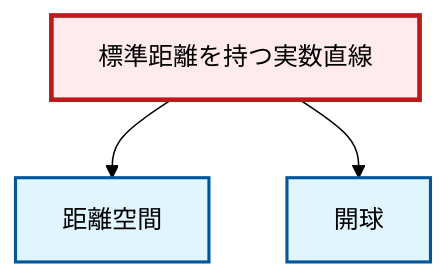
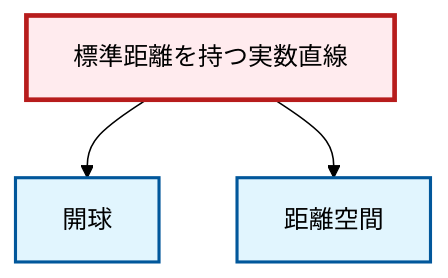
Before and after one commit to RK0429/ModernMath: the diagram in output/mermaid/ja/ex-real-line-metric.mermaid, drawn with Mermaid (forest theme). The commit also changed other lines of this file and 3161 other files, not shown here.

```diff
--- a/output/mermaid/ja/ex-real-line-metric.mermaid
+++ b/output/mermaid/ja/ex-real-line-metric.mermaid
@@ -1,12 +1,12 @@
 graph TD
     classDef definition fill:#e1f5fe,stroke:#01579b,stroke-width:2px
     classDef theorem fill:#f3e5f5,stroke:#4a148c,stroke-width:2px
     classDef axiom fill:#fff3e0,stroke:#e65100,stroke-width:2px
     classDef example fill:#e8f5e9,stroke:#1b5e20,stroke-width:2px
     classDef current fill:#ffebee,stroke:#b71c1c,stroke-width:3px
     def-metric-space["距離空間"]:::definition
+    ex-real-line-metric["標準距離を持つ実数直線"]:::example
     def-open-ball["開球"]:::definition
-    ex-real-line-metric["標準距離を持つ実数直線"]:::example
+    ex-real-line-metric --> def-open-ball
     ex-real-line-metric --> def-metric-space
-    ex-real-line-metric --> def-open-ball
     class ex-real-line-metric current
```
